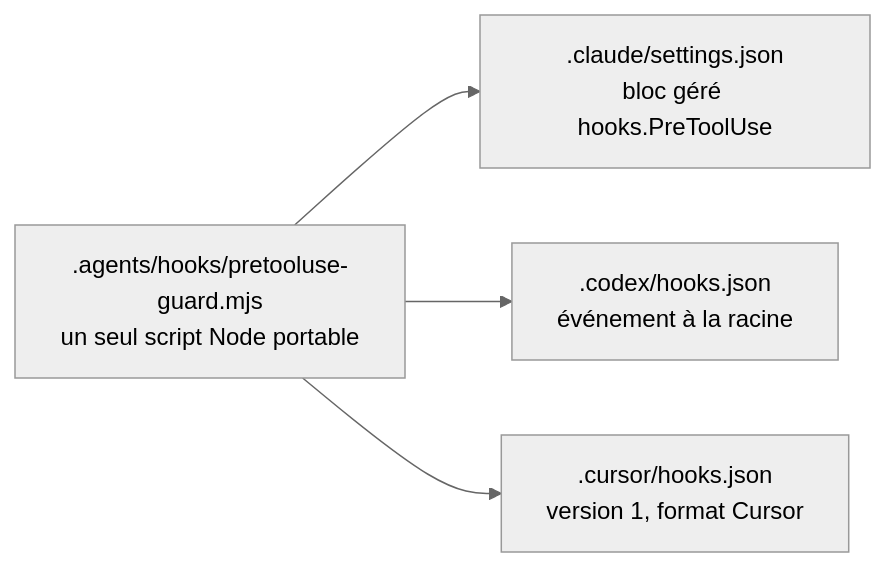
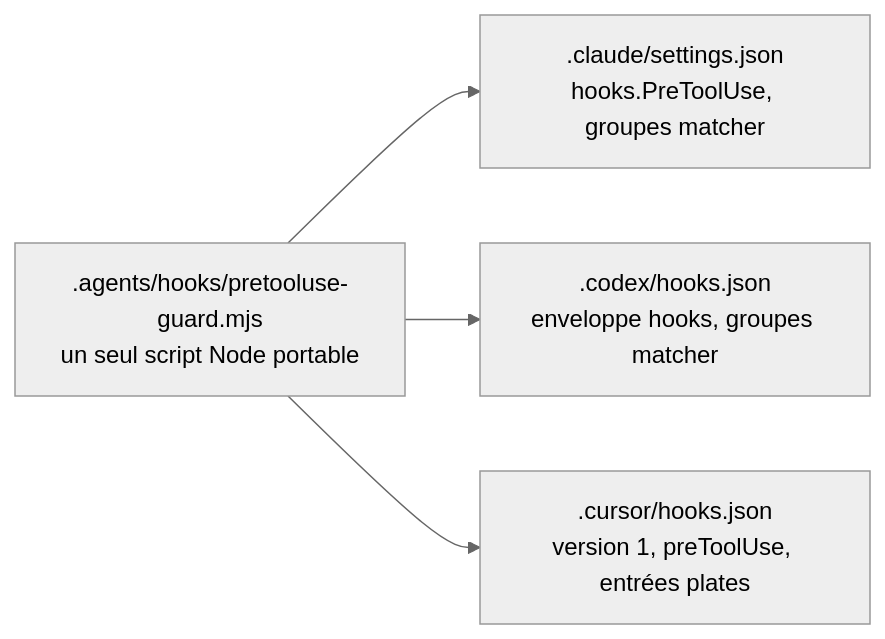
One commit to PicardRaphael/agentsdir changed the second of 4 diagrams in docs/commandes.md. Above: the diagram before and after it, drawn with Mermaid (neutral theme). The commit also changed other lines of this file and 8 other files, not shown here.

````diff
--- a/docs/commandes.md
+++ b/docs/commandes.md
@@ -318,7 +327,7 @@
 ```mermaid
 flowchart LR
     S[.agents/hooks/pretooluse-guard.mjs<br/>un seul script Node portable]
-    S --> C1[.claude/settings.json<br/>bloc géré hooks.PreToolUse]
-    S --> C2[.codex/hooks.json<br/>événement à la racine]
-    S --> C3[.cursor/hooks.json<br/>version 1, format Cursor]
+    S --> C1[.claude/settings.json<br/>hooks.PreToolUse, groupes matcher]
+    S --> C2[.codex/hooks.json<br/>enveloppe hooks, groupes matcher]
+    S --> C3[.cursor/hooks.json<br/>version 1, preToolUse, entrées plates]
 ```
````
